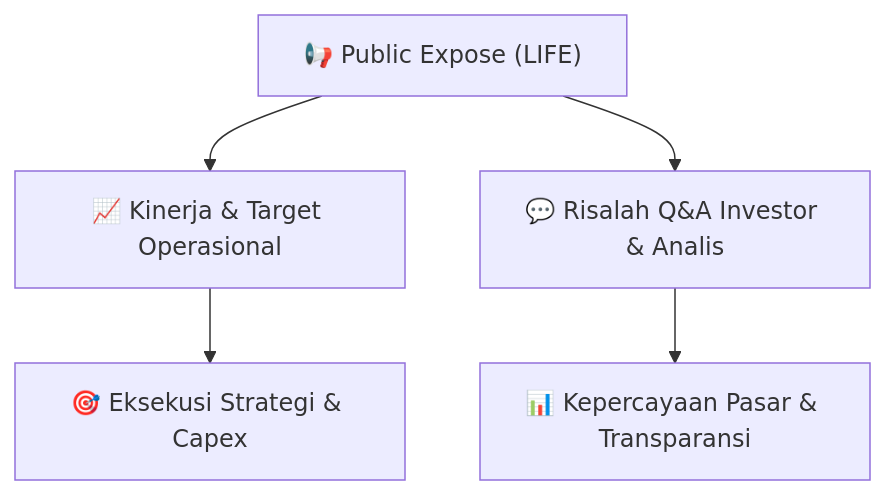
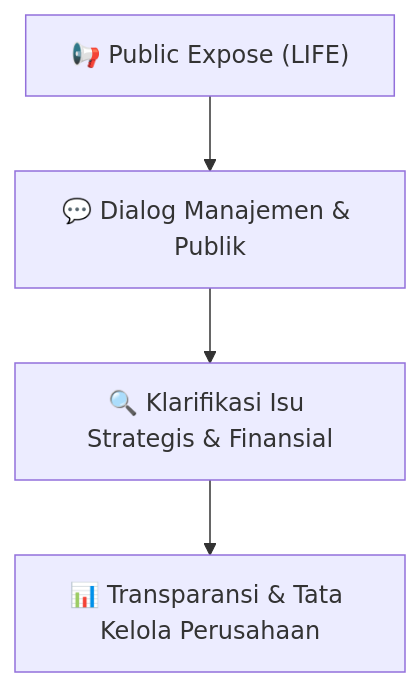
One commit to anYoneo/alphadigest-idx changed the diagram in reports/summaries/public-exposes/hasil-pubex/LIFE_Public_Expose_20260909.md. Above: the diagram before and after it, drawn with Mermaid. The commit also changed other lines of this file and 526 other files, not shown here.

````diff
--- a/reports/summaries/public-exposes/hasil-pubex/LIFE_Public_Expose_20260909.md
+++ b/reports/summaries/public-exposes/hasil-pubex/LIFE_Public_Expose_20260909.md
@@ -15,7 +416,6 @@
 ```mermaid
 flowchart TD
-    A["📢 Public Expose (LIFE)"] --> B["📈 Kinerja & Target Operasional"]
-    A --> C["💬 Risalah Q&A Investor & Analis"]
-    B --> D["🎯 Eksekusi Strategi & Capex"]
-    C --> E["📊 Kepercayaan Pasar & Transparansi"]
+    A["📢 Public Expose (LIFE)"] --> B["💬 Dialog Manajemen & Publik"]
+    B --> C["🔍 Klarifikasi Isu Strategis & Finansial"]
+    C --> D["📊 Transparansi & Tata Kelola Perusahaan"]
 ```
````
